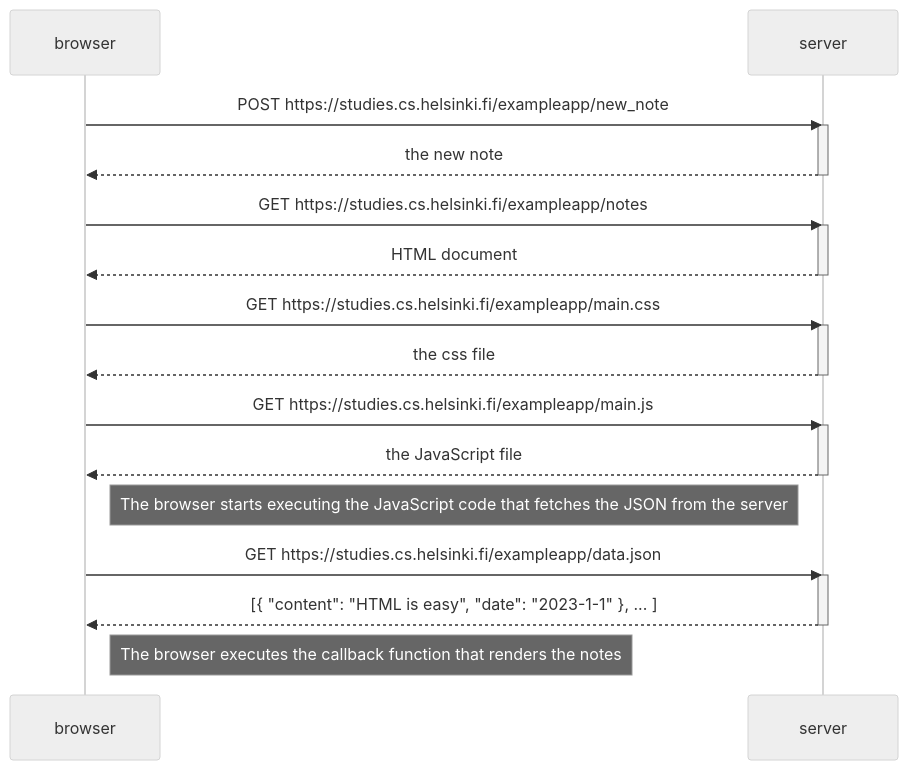
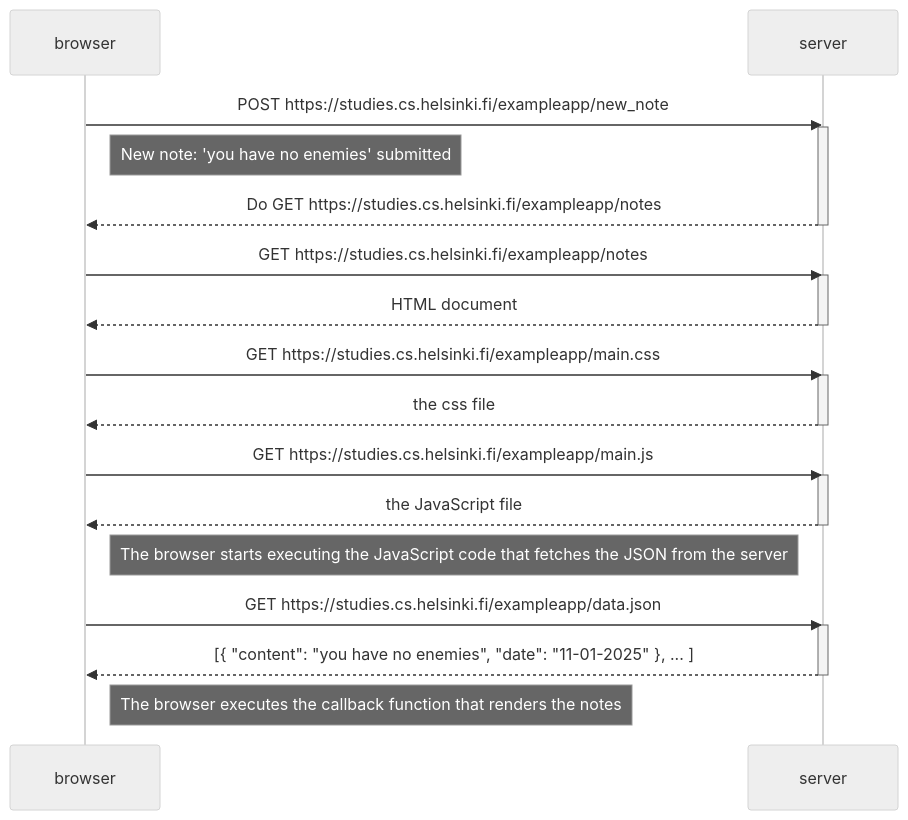
The diagram in part0/0.4 newnotediagram/newnotediagram.md (akil4/fullstackopen), drawn with Mermaid (neutral theme) before and after one commit.

Commit message:
0.4 new note diagram - 1

````diff
--- a/part0/0.4 newnotediagram/newnotediagram.md
+++ b/part0/0.4 newnotediagram/newnotediagram.md
@@ -1,34 +1,37 @@
 ```mermaid
   sequenceDiagram
     participant browser
     participant server
     
     browser->>server: POST https://studies.cs.helsinki.fi/exampleapp/new_note
     activate server
-    server-->>browser: the new note
+    
+    Note right of browser: New note: 'you have no enemies' submitted
+    
+    server-->>browser: Do GET https://studies.cs.helsinki.fi/exampleapp/notes
     deactivate server
     
     browser->>server: GET https://studies.cs.helsinki.fi/exampleapp/notes
     activate server
     server-->>browser: HTML document
     deactivate server
 
     browser->>server: GET https://studies.cs.helsinki.fi/exampleapp/main.css
     activate server
     server-->>browser: the css file
     deactivate server
 
     browser->>server: GET https://studies.cs.helsinki.fi/exampleapp/main.js
     activate server
     server-->>browser: the JavaScript file
     deactivate server
 
     Note right of browser: The browser starts executing the JavaScript code that fetches the JSON from the server
 
     browser->>server: GET https://studies.cs.helsinki.fi/exampleapp/data.json
     activate server
-    server-->>browser: [{ "content": "HTML is easy", "date": "2023-1-1" }, ... ]
+    server-->>browser: [{ "content": "you have no enemies", "date": "11-01-2025" }, ... ]
     deactivate server
 
     Note right of browser: The browser executes the callback function that renders the notes
 ```
````
